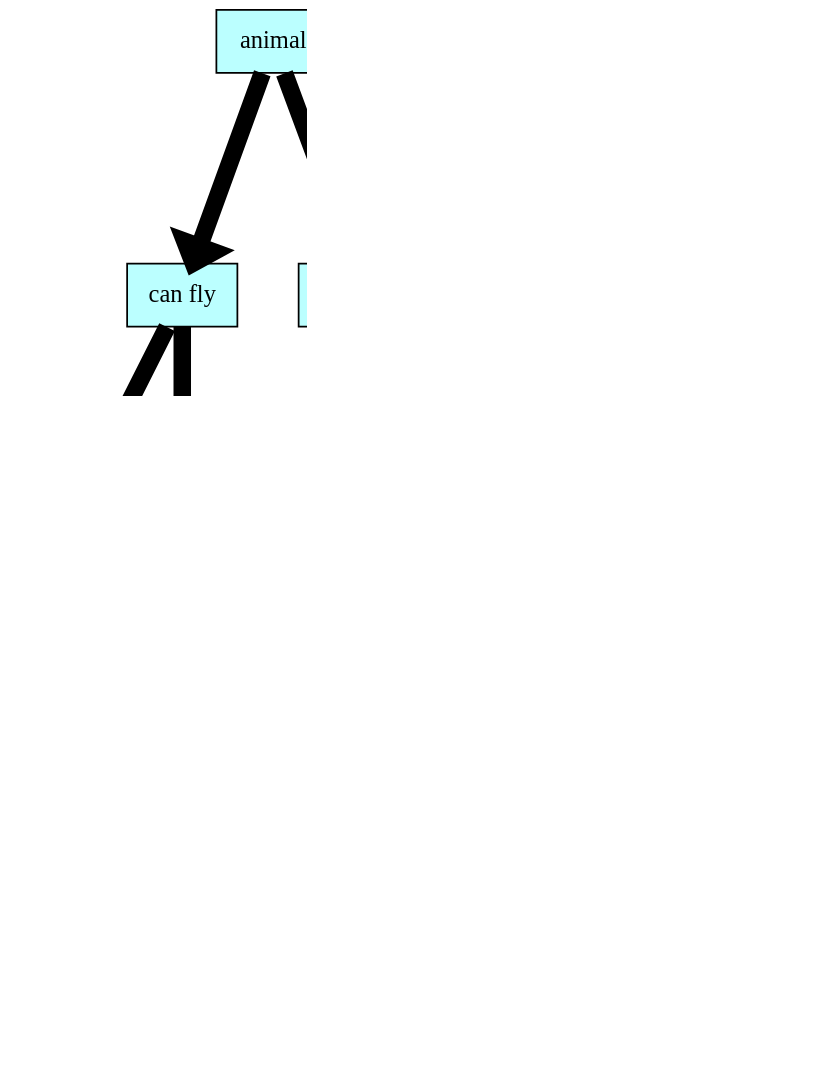
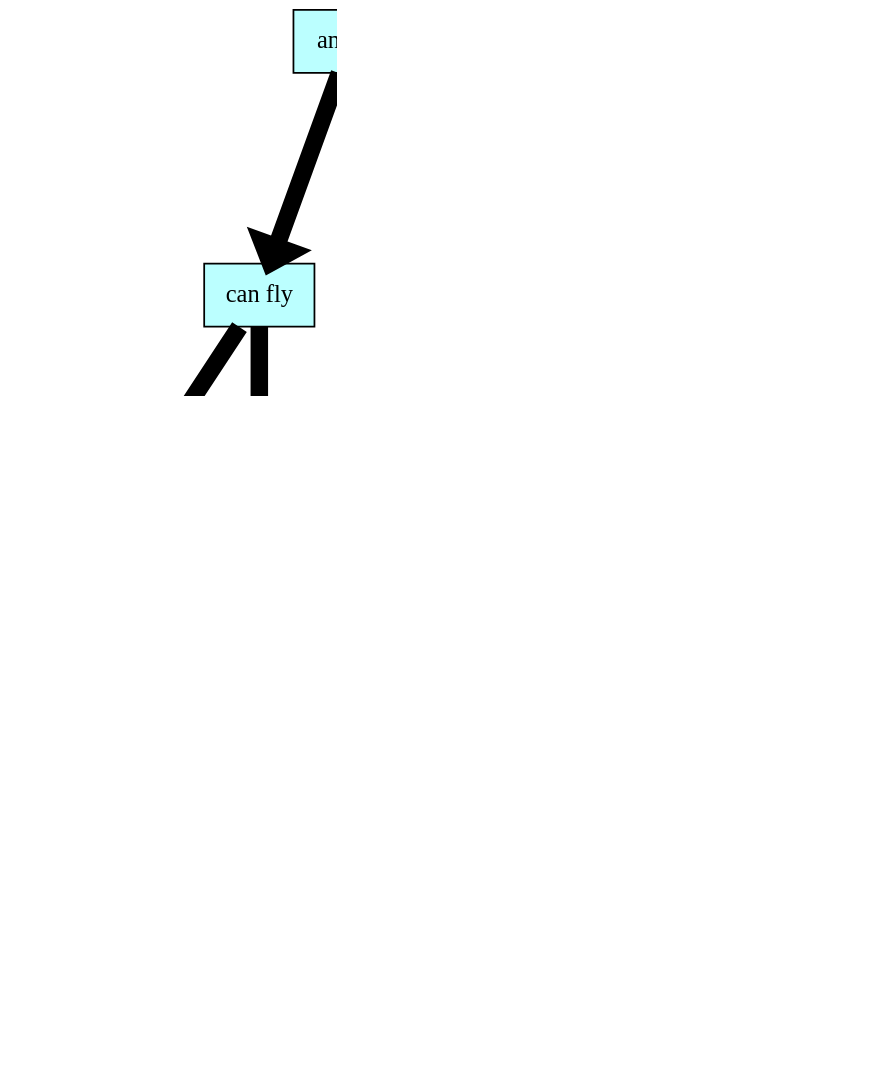
The diagram in dump/list_graph.dot (Troll0ton/Akinator3000), drawn with Graphviz before and after one commit. The commit also changed 9 other files, not shown here.

```diff
--- a/dump/list_graph.dot
+++ b/dump/list_graph.dot
@@ -1,44 +1,50 @@
 digraph structs {    
 rankdir = TB;        
 graph [dpi = 200];   
 ranksep = 1.5;       
 edge[penwidth = 10]; 
 cell0 [style = filled, color = black, fillcolor = paleturquoise1,
 shape=record,label = " { <ptr> animal} " ];                         
 cell1 [style = filled, color = black, fillcolor = paleturquoise1,
 shape=record,label = " { <ptr> can fly} " ];                         
 cell2 [style = filled, color = black, fillcolor = paleturquoise1,
+shape=record,label = " { <ptr> no feathers} " ];                         
+cell3 [style = filled, color = black, fillcolor = paleturquoise1,
+shape=record,label = " { <ptr> insect} " ];                         
+cell4 [style = filled, color = black, fillcolor = paleturquoise1,
 shape=record,label = " { <ptr> bird} " ];                         
-cell3 [style = filled, color = black, fillcolor = paleturquoise1,
+cell5 [style = filled, color = black, fillcolor = paleturquoise1,
 shape=record,label = " { <ptr> cat} " ];                         
-cell4 [style = filled, color = black, fillcolor = paleturquoise1,
+cell6 [style = filled, color = black, fillcolor = paleturquoise1,
 shape=record,label = " { <ptr> can float} " ];                         
-cell5 [style = filled, color = black, fillcolor = paleturquoise1,
+cell7 [style = filled, color = black, fillcolor = paleturquoise1,
 shape=record,label = " { <ptr> alive and alive} " ];                         
-cell6 [style = filled, color = black, fillcolor = paleturquoise1,
+cell8 [style = filled, color = black, fillcolor = paleturquoise1,
 shape=record,label = " { <ptr> fish} " ];                         
-cell7 [style = filled, color = black, fillcolor = paleturquoise1,
+cell9 [style = filled, color = black, fillcolor = paleturquoise1,
 shape=record,label = " { <ptr> boat} " ];                         
-cell8 [style = filled, color = black, fillcolor = paleturquoise1,
+cell10 [style = filled, color = black, fillcolor = paleturquoise1,
 shape=record,label = " { <ptr> fly in sky} " ];                         
-cell9 [style = filled, color = black, fillcolor = paleturquoise1,
+cell11 [style = filled, color = black, fillcolor = paleturquoise1,
 shape=record,label = " { <ptr> plane} " ];                         
-cell10 [style = filled, color = black, fillcolor = paleturquoise1,
+cell12 [style = filled, color = black, fillcolor = paleturquoise1,
 shape=record,label = " { <ptr> under ground} " ];                         
-cell11 [style = filled, color = black, fillcolor = paleturquoise1,
+cell13 [style = filled, color = black, fillcolor = paleturquoise1,
 shape=record,label = " { <ptr> metro} " ];                         
-cell12 [style = filled, color = black, fillcolor = paleturquoise1,
+cell14 [style = filled, color = black, fillcolor = paleturquoise1,
 shape=record,label = " { <ptr> car} " ];                         
 cell0 -> cell1;
 cell1 -> cell2;
-cell1 -> cell3;
-cell0 -> cell4;
-cell4 -> cell5;
-cell5 -> cell6;
-cell5 -> cell7;
-cell4 -> cell8;
-cell8 -> cell9;
-cell8 -> cell10;
+cell2 -> cell3;
+cell2 -> cell4;
+cell1 -> cell5;
+cell0 -> cell6;
+cell6 -> cell7;
+cell7 -> cell8;
+cell7 -> cell9;
+cell6 -> cell10;
 cell10 -> cell11;
 cell10 -> cell12;
+cell12 -> cell13;
+cell12 -> cell14;
 }
```
